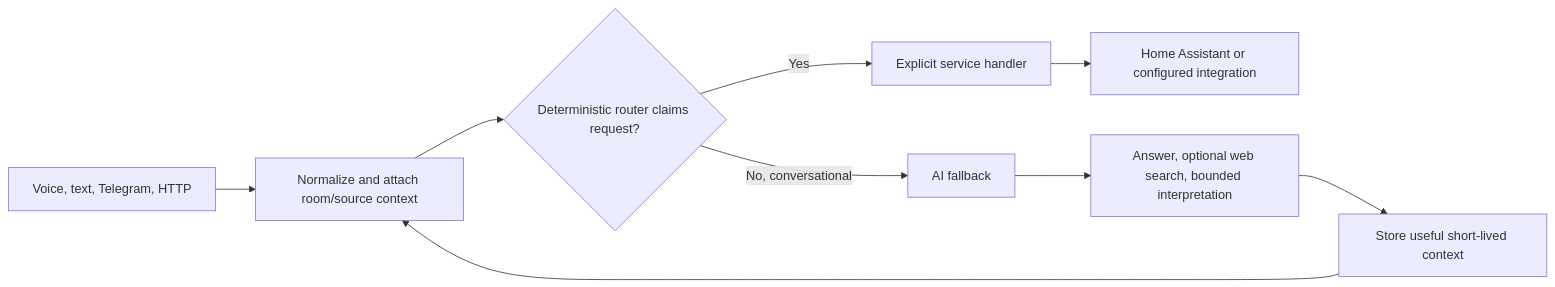
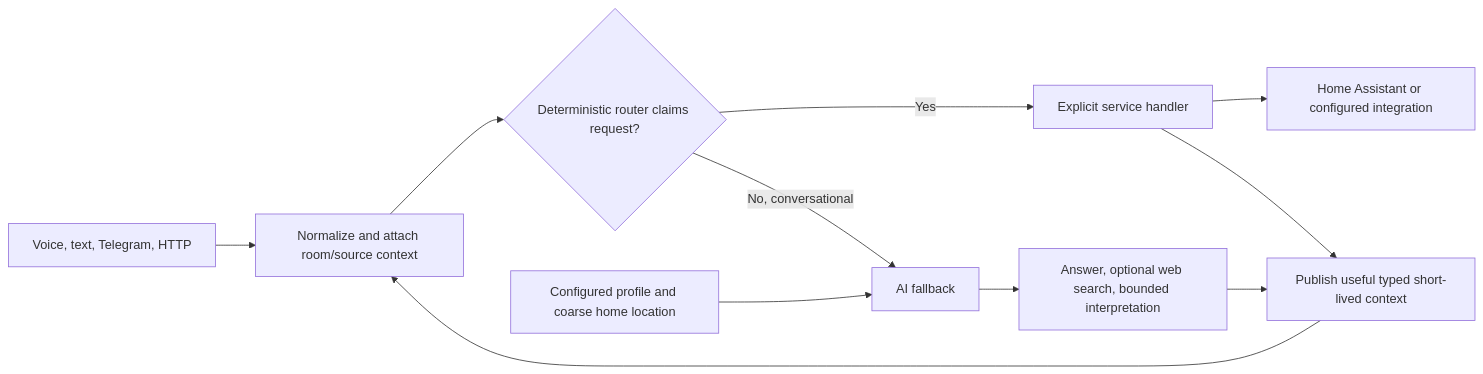
Before and after one commit to jayore/HomeSuite: the diagram in README.md, drawn with Mermaid. The commit also changed other lines of this file and 11 other files, not shown here.

Commit message:
Add privacy-aware assistant profile context

````diff
--- a/README.md
+++ b/README.md
@@ -86,11 +87,13 @@
 ```mermaid
 flowchart LR
     A["Voice, text, Telegram, HTTP"] --> B["Normalize and attach room/source context"]
     B --> C{"Deterministic router claims request?"}
     C -->|Yes| D["Explicit service handler"]
     D --> E["Home Assistant or configured integration"]
     C -->|No, conversational| F["AI fallback"]
+    I["Configured profile and coarse home location"] --> F
     F --> G["Answer, optional web search, bounded interpretation"]
-    G --> H["Store useful short-lived context"]
+    D --> H["Publish useful typed short-lived context"]
+    G --> H
     H --> B
 ```
````
